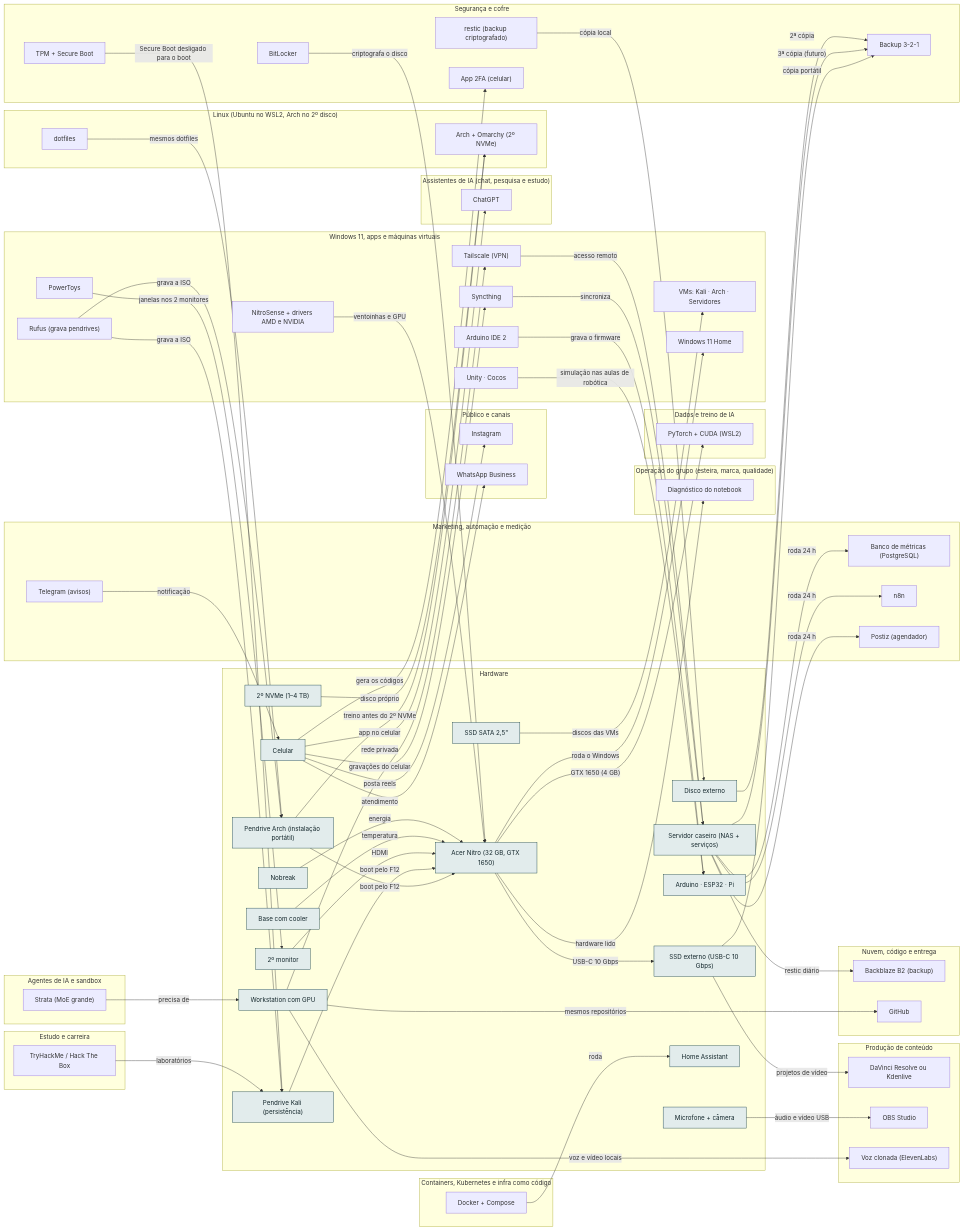
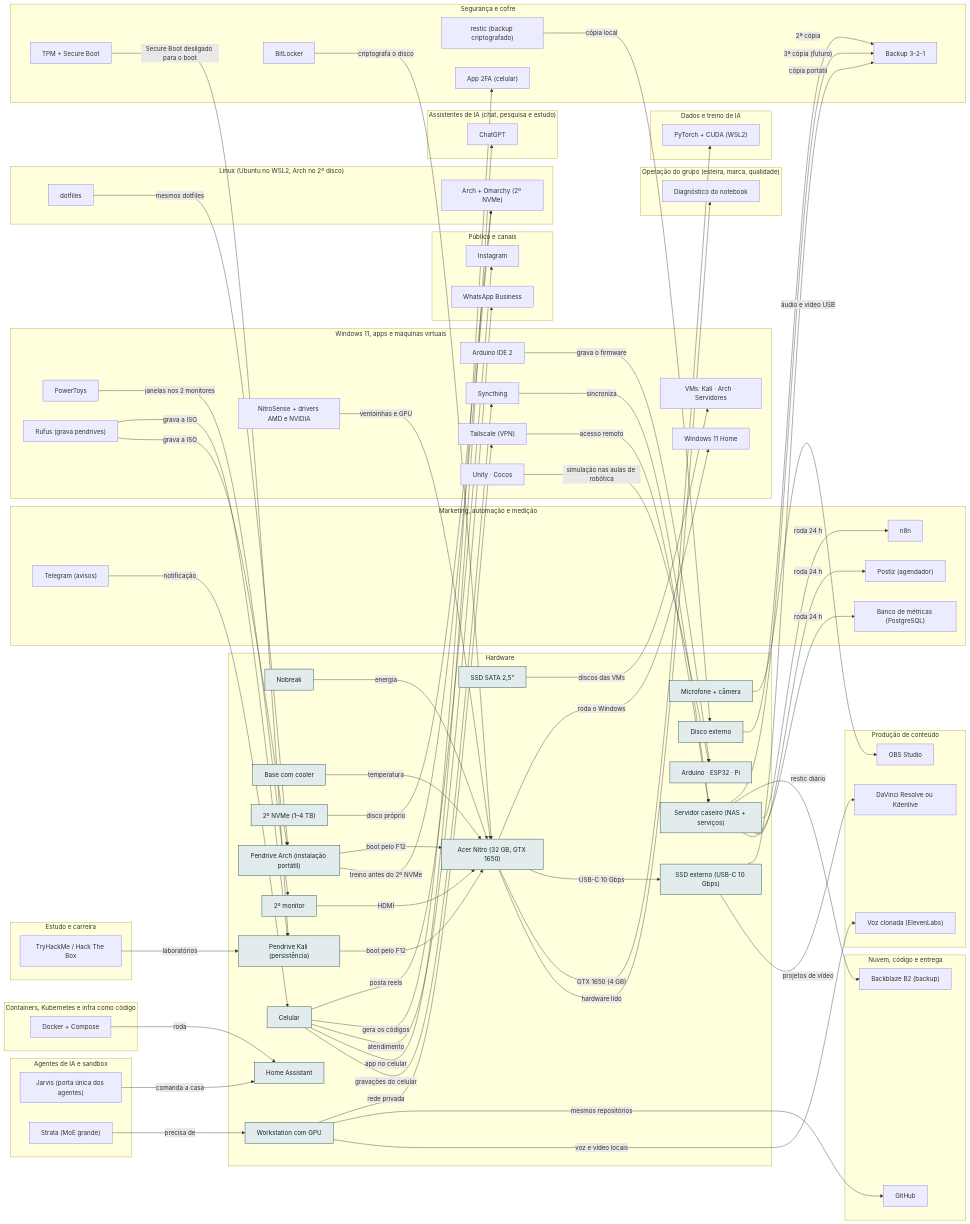
The diagram in docs/camadas/01-hw.md (AlanMateus17/dev-setup), drawn with Mermaid before and after one commit. The commit also changed other lines of this file and 50 other files, not shown here.

````diff
--- a/docs/camadas/01-hw.md
+++ b/docs/camadas/01-hw.md
@@ -64,6 +64,7 @@
     n_torch["PyTorch + CUDA (WSL2)"]
   end
   subgraph L_ia["Agentes de IA e sandbox"]
+    n_jarvis["Jarvis (porta única dos agentes)"]
     n_strata["Strata (MoE grande)"]
   end
   subgraph L_lin["Linux (Ubuntu no WSL2, Arch no 2º disco)"]
@@ -133,6 +134,7 @@
   n_ws -->|"voz e vídeo locais"| n_voz
   n_strata -->|"precisa de"| n_ws
   n_docker -->|"roda"| n_ha
+  n_jarvis -->|"comanda a casa"| n_ha
   classDef desta fill:#e2ecec,stroke:#0e3a45,color:#13262b
   class n_ups,n_cool,n_sata,n_nb,n_nvme,n_mon,n_mic,n_cel,n_ext,n_pkali,n_parch,n_rob,n_nas,n_ssdext,n_ws,n_ha desta
 ```
````
